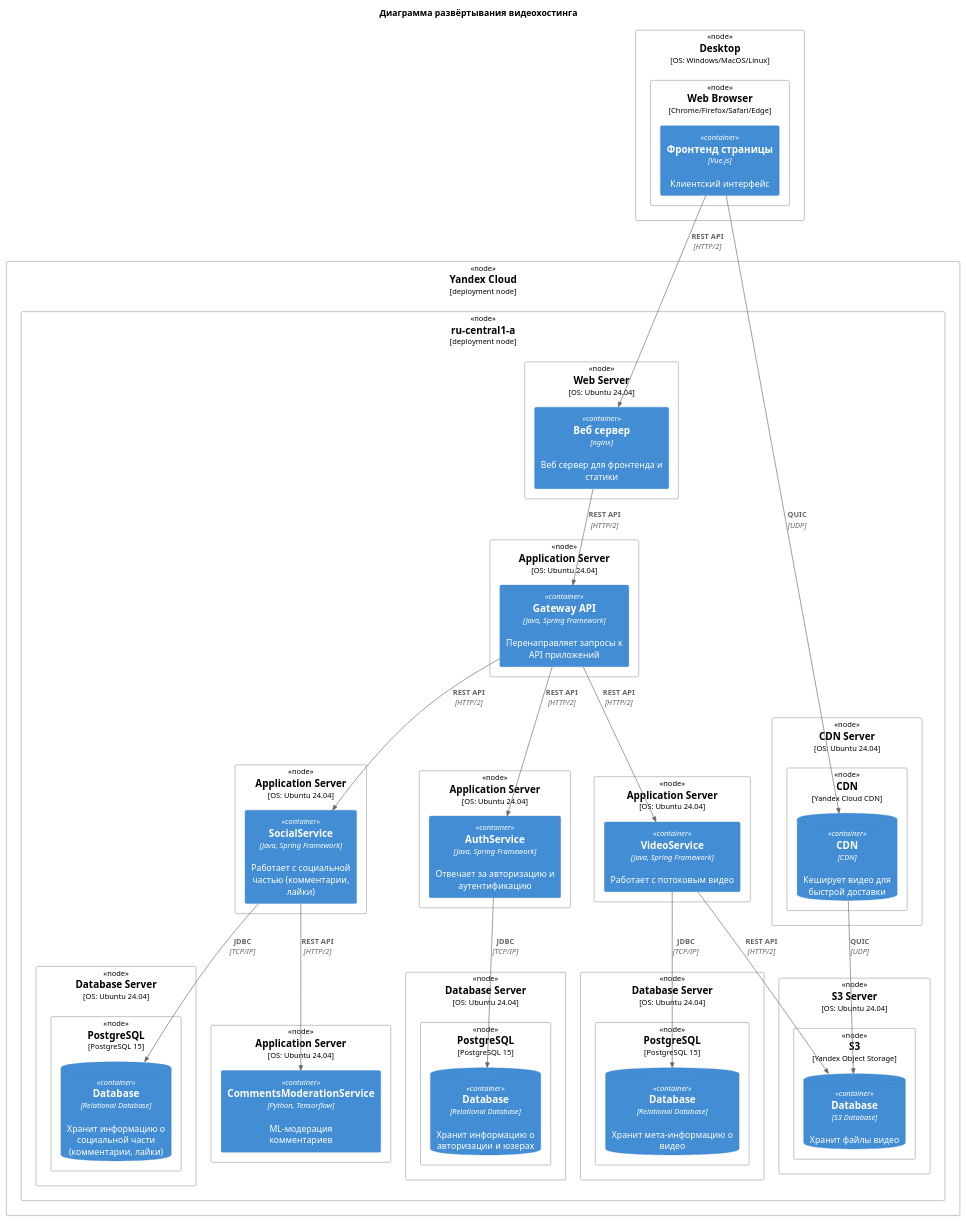
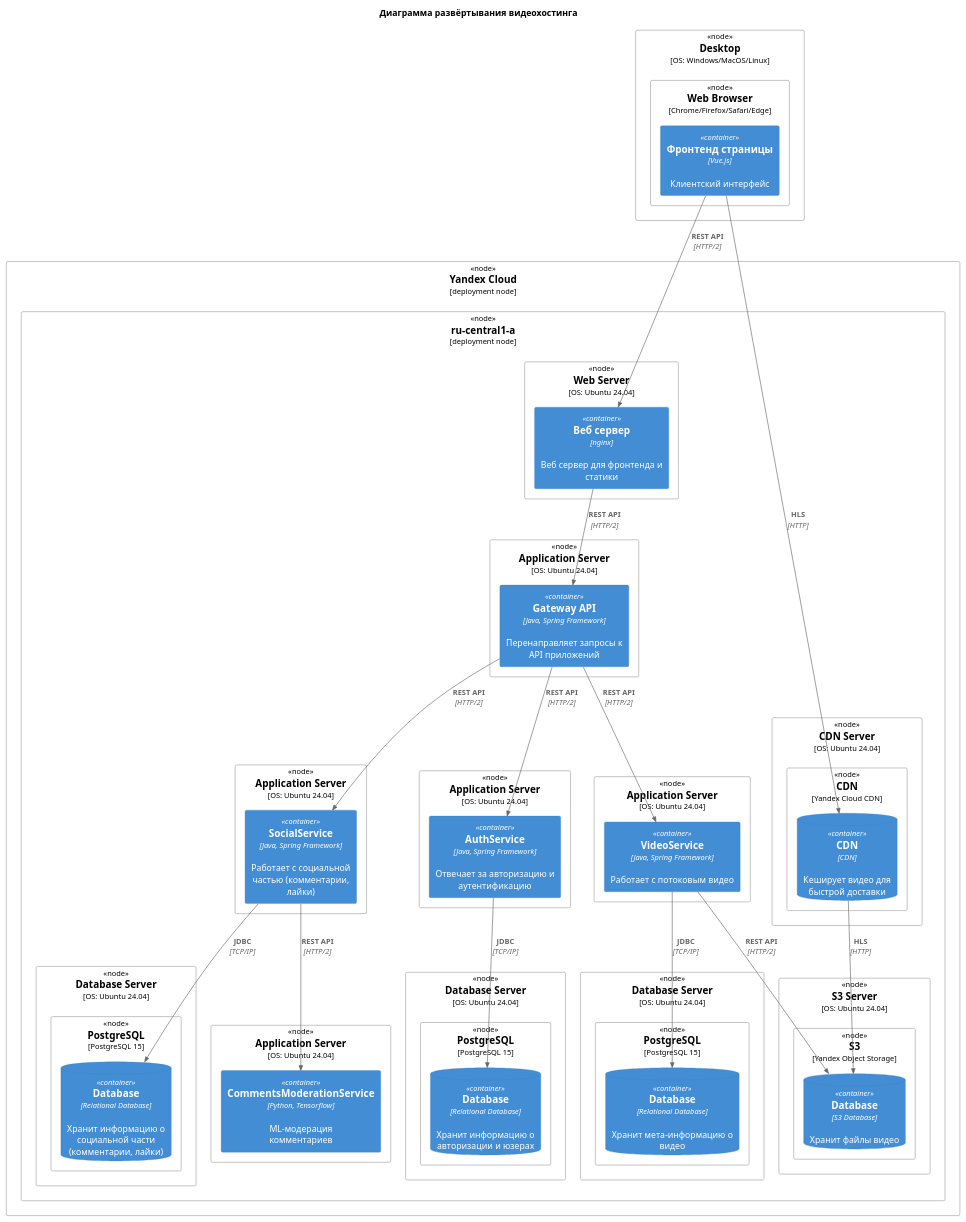
Before and after one commit to is-svi-y25/docs: the diagram in deployment.puml, drawn with PlantUML. The commit also changed 1 other file, not shown here.

```diff
--- a/deployment.puml
+++ b/deployment.puml
@@ -1,89 +1,88 @@
 @startuml
 !include https://raw.githubusercontent.com/plantuml-stdlib/C4-PlantUML/master/C4_Deployment.puml
 !include <C4/C4_Deployment.puml>
 !include <C4/C4_Container.puml>
 
 title Диаграмма развёртывания видеохостинга
 
 Deployment_Node(desktop, "Desktop", "OS: Windows/MacOS/Linux") {
     Deployment_Node(browser, "Web Browser", "Chrome/Firefox/Safari/Edge") {
         Container(frontend, "Фронтенд страницы", "Vue.js", "Клиентский интерфейс")
     }
 }
 
 Deployment_Node(aws, "Yandex Cloud", "deployment node") {
     Deployment_Node(awsRegion, "ru-central1-a", "deployment node") {
         Deployment_Node(webServer, "Web Server", "OS: Ubuntu 24.04") {
             Container(nginx, "Веб сервер", "nginx", "Веб сервер для фронтенда и статики")
         }
 
         Deployment_Node(gatewayApiServer, "Application Server", "OS: Ubuntu 24.04") {
             Container(gatewayApi, "Gateway API", "Java, Spring Framework", "Перенаправляет запросы к API приложений")
         }
 
         Deployment_Node(socialServiceServer, "Application Server", "OS: Ubuntu 24.04") {
             Container(socialService, "SocialService", "Java, Spring Framework", "Работает с социальной частью (комментарии, лайки)")
         }
 
         Deployment_Node(authServiceServer, "Application Server", "OS: Ubuntu 24.04") {
             Container(authService, "AuthService", "Java, Spring Framework", "Отвечает за авторизацию и аутентификацию")
         }
 
         Deployment_Node(videoServiceServer, "Application Server", "OS: Ubuntu 24.04") {
             Container(videoService, "VideoService", "Java, Spring Framework", "Работает с потоковым видео")
         }
 
         Deployment_Node(commentsModerationServiceServer, "Application Server", "OS: Ubuntu 24.04") {
             Container(commentsModerationService, "CommentsModerationService", "Python, Tensorflow", "ML-модерация комментариев")
         }
 
         Deployment_Node(authServiceDatabaseServer, "Database Server", "OS: Ubuntu 24.04") {
             Deployment_Node(authServiceDatabaseContainer, "PostgreSQL", "PostgreSQL 15") {
                 ContainerDb(authServiceDatabase, "Database", "Relational Database",  "Хранит информацию о авторизации и юзерах")
             }
         }
 
         Deployment_Node(videoServiceDatabaseServer, "Database Server", "OS: Ubuntu 24.04") {
             Deployment_Node(videoServiceDatabaseContainer, "PostgreSQL", "PostgreSQL 15") {
                 ContainerDb(videoServiceDatabase, "Database", "Relational Database",  "Хранит мета-информацию о видео")
             }
         }
 
         Deployment_Node(socialServiceDatabaseServer, "Database Server", "OS: Ubuntu 24.04") {
             Deployment_Node(socialServiceDatabaseContainer, "PostgreSQL", "PostgreSQL 15") {
                 ContainerDb(socialServiceDatabase, "Database", "Relational Database",  "Хранит информацию о социальной части (комментарии, лайки)")
             }
         }
 
         Deployment_Node(s3VideoServer, "S3 Server", "OS: Ubuntu 24.04") {
             Deployment_Node(s3VideoContainer, "S3", "Yandex Object Storage") {
                 ContainerDb(s3Video, "Database", "S3 Database",  "Хранит файлы видео")
             }
         }
 
         Deployment_Node(cdnServer, "CDN Server", "OS: Ubuntu 24.04") {
             Deployment_Node(cdnContainer, "CDN", "Yandex Cloud CDN") {
                 ContainerDb(cdn, "CDN", "CDN",  "Кеширует видео для быстрой доставки")
             }
         }
     }
 }
 
 Rel(frontend, nginx, "REST API", "HTTP/2")
 Rel(nginx, gatewayApi, "REST API", "HTTP/2")
 
 Rel(gatewayApi, authService, "REST API", "HTTP/2")
 Rel(gatewayApi, videoService, "REST API", "HTTP/2")
 Rel(gatewayApi, socialService, "REST API", "HTTP/2")
 Rel(socialService, commentsModerationService, "REST API", "HTTP/2")
 
 Rel(authService, authServiceDatabase, "JDBC", "TCP/IP")
 Rel(videoService, videoServiceDatabase, "JDBC", "TCP/IP")
 Rel(videoService, s3Video, "REST API", "HTTP/2")
 Rel(socialService, socialServiceDatabase, "JDBC", "TCP/IP")
 
-Rel(frontend, cdn, "QUIC", "UDP")
-Rel(cdn, s3Video, "QUIC", "UDP")
-
+Rel(frontend, cdn, "HLS", "HTTP")
+Rel(cdn, s3Video, "HLS", "HTTP")
 
 @enduml
```
